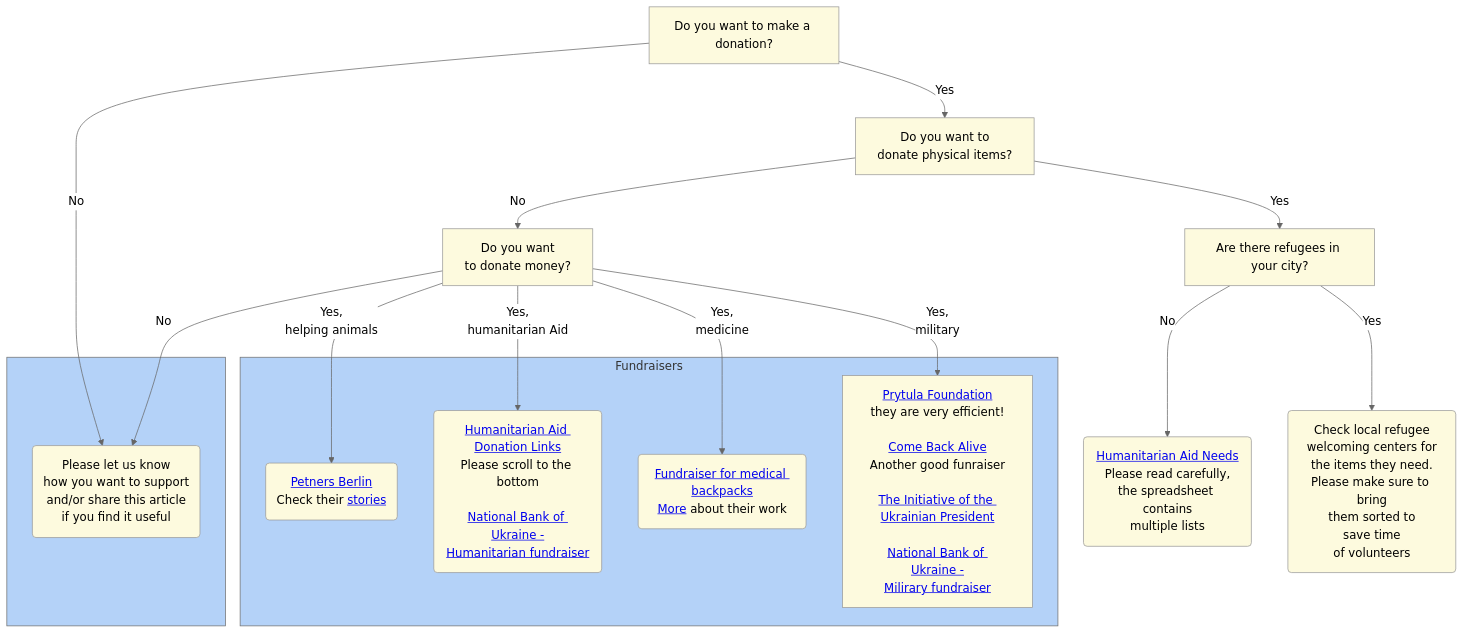
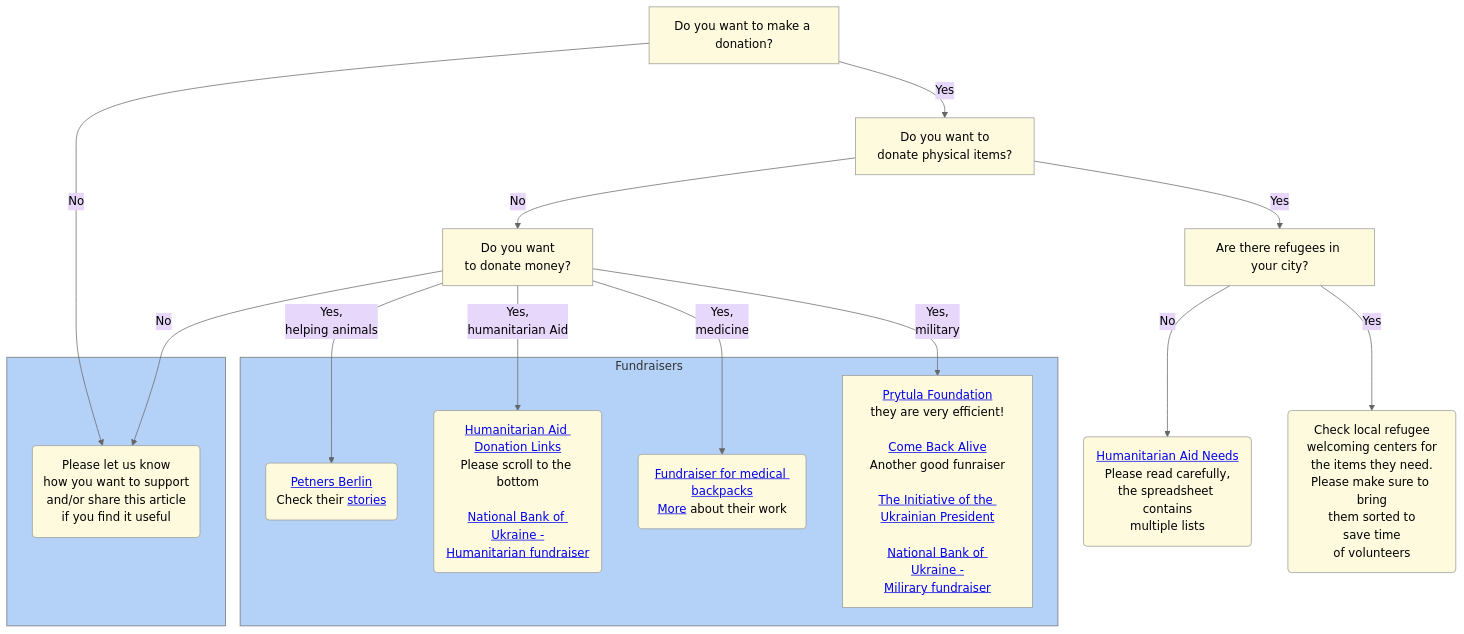
Before and after one commit to o-levchenko/publications: the second of 2 diagrams in volunteer_chart/volunteer_diagramm.md, drawn with Mermaid. The commit also changed other lines of this file, not shown here.

````diff
--- a/volunteer_chart/volunteer_diagramm.md
+++ b/volunteer_chart/volunteer_diagramm.md
@@ -48,40 +50,43 @@
 ```mermaid
 %%{init: {'theme':'neutral', 'themeVariables': { 
 'clusterBkg': '#b4d2f8', 
-'mainBkg': '#fdfade'
+'mainBkg': '#fdfade',
+'edgeLabelBackground':'#e7d7fa',
+'fontFamily': 'sans-serif'
 }}}%%
 flowchart TD;
     B[Do you want to make a donation?]
     E(Please let us know<br/>how you want to support<br/>and/or share this article<br/>if you find it useful)
     C[Do you want to<br/>donate physical items?]
     D[Do you want<br/>to donate money?]
     F(<a href='https://linktr.ee/petners.berlin'>Petners Berlin<a/><br/>Check their <a href='https://www.instagram.com/petners.berlin/'>stories</a>)
     G(<a href='https://aid.prytulafoundation.org/en/'>Humanitarian Aid Donation Links</a><br/>Please scroll to the bottom<br/><br/><a href='https://bank.gov.ua/en/about/humanitarian-aid-to-ukraine'>National Bank of Ukraine -<br/>Humanitarian fundraiser</a>)
     H(<a href='https://www.betterplace.org/en/projects/107938'>Fundraiser for medical backpacks</a><br/><a href='https://www.instagram.com/plast_berlin_helps/?hl=en'>More</a> about their work)
     I[<a href='https://prytulafoundation.org/en/home/support_page'>Prytula Foundation</a><br/>they are very efficient!<br/><br/><a href='https://www.comebackalive.in.ua/donate'>Come Back Alive</a><br/>Another good funraiser<br/><br/><a href='https://u24.gov.ua/'>The Initiative of the Ukrainian President</a><br/><br/><a href='https://bank.gov.ua/en/about/support-the-armed-forces'>National Bank of Ukraine -<br/>Milirary fundraiser</a>]
     J[Are there refugees in your city?]
     K(<a href='https://aid.prytulafoundation.org/en/'>Humanitarian Aid Needs</a><br/>Please read carefully,<br/>the spreadsheet contains<br/>multiple lists)
     L(Check local refugee<br/>welcoming centers for<br/>the items they need.<br/>Please make sure to bring<br/>them sorted to<br/>save time<br/>of volunteers)
+
     B -->|No| E
     B -->|Yes| C
     C -->|No| D
     D -->|No| E
     D -->|Yes,<br/>helping animals| F
     D -->|Yes,<br/>humanitarian Aid| G
     D -->|Yes,<br/>medicine| H
     D -->|Yes,<br/>military| I
     C -->|Yes| J
     J -->|No| K
     J -->|Yes| L
     
     subgraph Fundraisers
         F
         G
         H
         I
     end
     
     subgraph  
         E
     end
 ```
````
